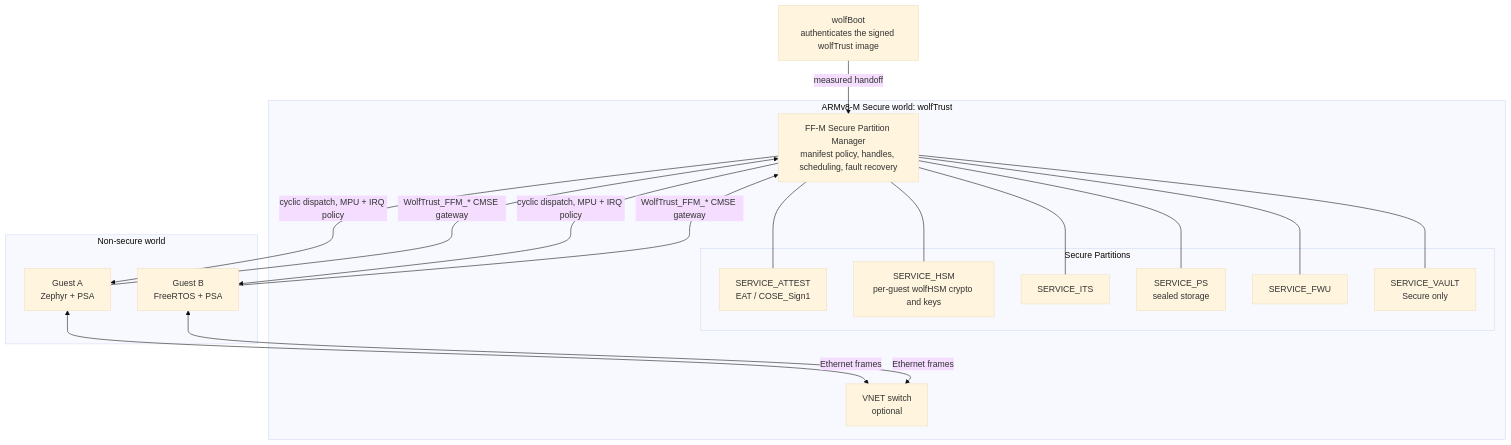
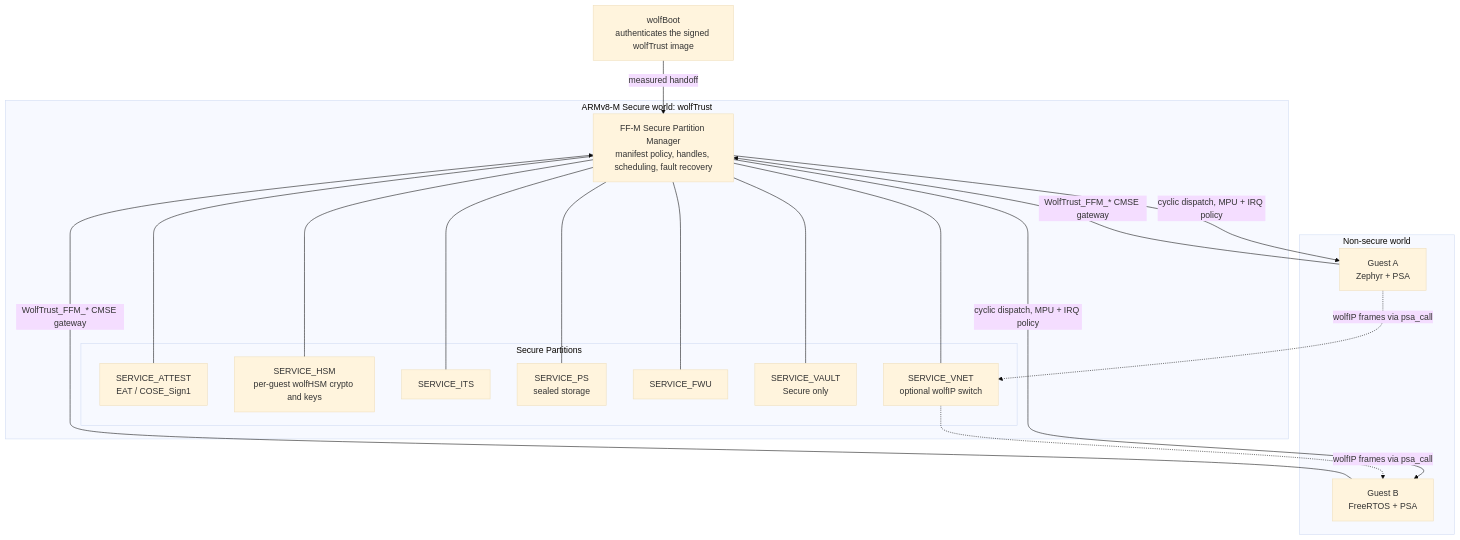
Before and after one commit to aidangarske/wolfTrust: the diagram in README.md, drawn with Mermaid (base theme). The commit also changed other lines of this file and 5 other files, not shown here.

Commit message:
Align the guest demo and README with the mediated PSA service model

````diff
--- a/README.md
+++ b/README.md
@@ -29,36 +29,37 @@
 ```mermaid
 flowchart TB
     WB[wolfBoot<br/>authenticates the signed wolfTrust image]
 
     subgraph S[ARMv8-M Secure world: wolfTrust]
         SPM[FF-M Secure Partition Manager<br/>manifest policy, handles, scheduling, fault recovery]
         subgraph P[Secure Partitions]
             AT[SERVICE_ATTEST<br/>EAT / COSE_Sign1]
             HS[SERVICE_HSM<br/>per-guest wolfHSM crypto and keys]
             IT[SERVICE_ITS]
             PS[SERVICE_PS<br/>sealed storage]
             FW[SERVICE_FWU]
             VA[SERVICE_VAULT<br/>Secure only]
+            VN[SERVICE_VNET<br/>optional wolfIP switch]
         end
-        V[VNET switch<br/>optional]
         SPM --- AT
         SPM --- HS
         SPM --- IT
         SPM --- PS
         SPM --- FW
         SPM --- VA
+        SPM --- VN
     end
 
     subgraph NS[Non-secure world]
         GA[Guest A<br/>Zephyr + PSA]
         GB[Guest B<br/>FreeRTOS + PSA]
     end
 
     WB -->|measured handoff| SPM
     GA -->|WolfTrust_FFM_* CMSE gateway| SPM
     GB -->|WolfTrust_FFM_* CMSE gateway| SPM
-    GA <-->|Ethernet frames| V
-    GB <-->|Ethernet frames| V
     SPM -->|cyclic dispatch, MPU + IRQ policy| GA
     SPM -->|cyclic dispatch, MPU + IRQ policy| GB
+    GA -.->|wolfIP frames via psa_call| VN
+    VN -.->|wolfIP frames via psa_call| GB
 ```
````
